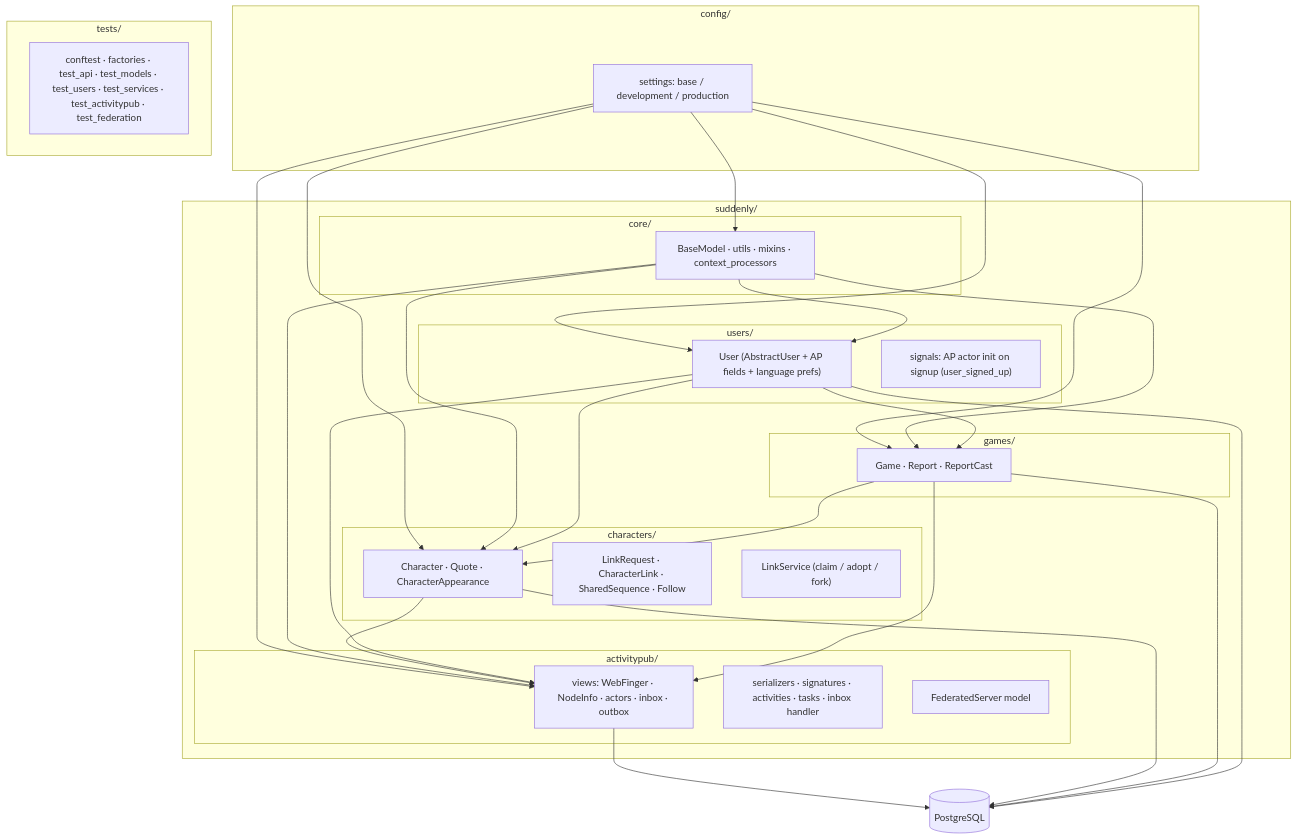
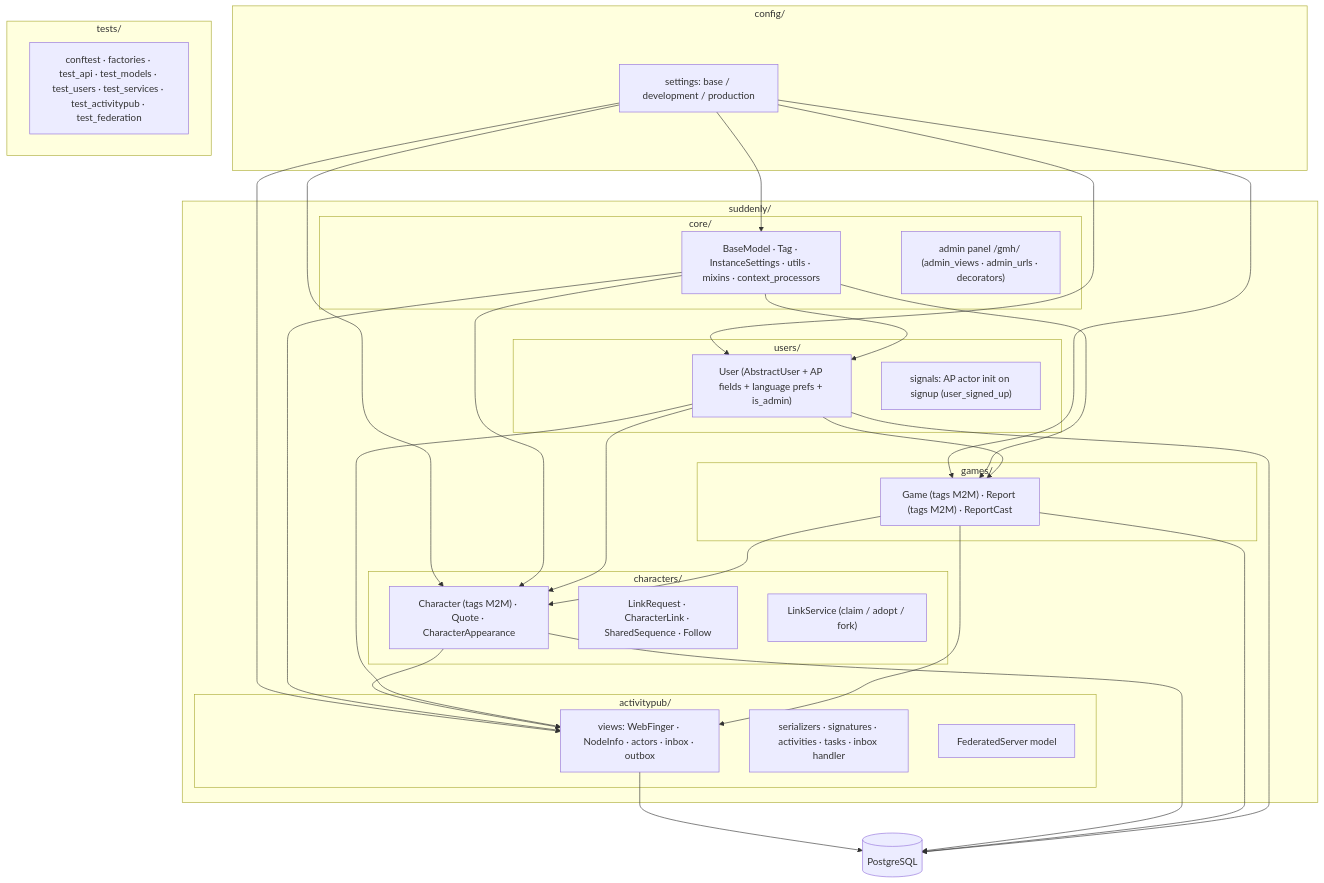
The diagram in aidd_docs/memory/CODEBASE_MAP.md (RebelliousSmile/suddenly), drawn with Mermaid before and after one commit. The commit also changed other lines of this file and 5 other files, not shown here.

````diff
--- a/aidd_docs/memory/CODEBASE_MAP.md
+++ b/aidd_docs/memory/CODEBASE_MAP.md
@@ -4,56 +4,57 @@
 ```mermaid
 flowchart TD
     subgraph "config/"
         S["settings: base / development / production"]
     end
 
     subgraph "suddenly/"
         subgraph "core/"
-            C["BaseModel · utils · mixins · context_processors"]
+            C["BaseModel · Tag · InstanceSettings · utils · mixins · context_processors"]
+            CA["admin panel /gmh/ (admin_views · admin_urls · decorators)"]
         end
         subgraph "users/"
-            U["User (AbstractUser + AP fields + language prefs)"]
+            U["User (AbstractUser + AP fields + language prefs + is_admin)"]
             US["signals: AP actor init on signup (user_signed_up)"]
         end
         subgraph "games/"
-            G["Game · Report · ReportCast"]
+            G["Game (tags M2M) · Report (tags M2M) · ReportCast"]
         end
         subgraph "characters/"
-            CH["Character · Quote · CharacterAppearance"]
+            CH["Character (tags M2M) · Quote · CharacterAppearance"]
             CL["LinkRequest · CharacterLink · SharedSequence · Follow"]
             CS["LinkService (claim / adopt / fork)"]
         end
         subgraph "activitypub/"
             AP["views: WebFinger · NodeInfo · actors · inbox · outbox"]
             APS["serializers · signatures · activities · tasks · inbox handler"]
             APM["FederatedServer model"]
         end
     end
 
     subgraph "tests/"
         T["conftest · factories · test_api · test_models · test_users · test_services · test_activitypub · test_federation"]
     end
 
     S --> C
     S --> U
     S --> G
     S --> CH
     S --> AP
 
     C --> U
     C --> G
     C --> CH
     C --> AP
 
     U --> G
     U --> CH
     G --> CH
     CH --> AP
     U --> AP
     G --> AP
 
     AP --> PG[("PostgreSQL")]
     CH --> PG
     G --> PG
     U --> PG
 ```
````
